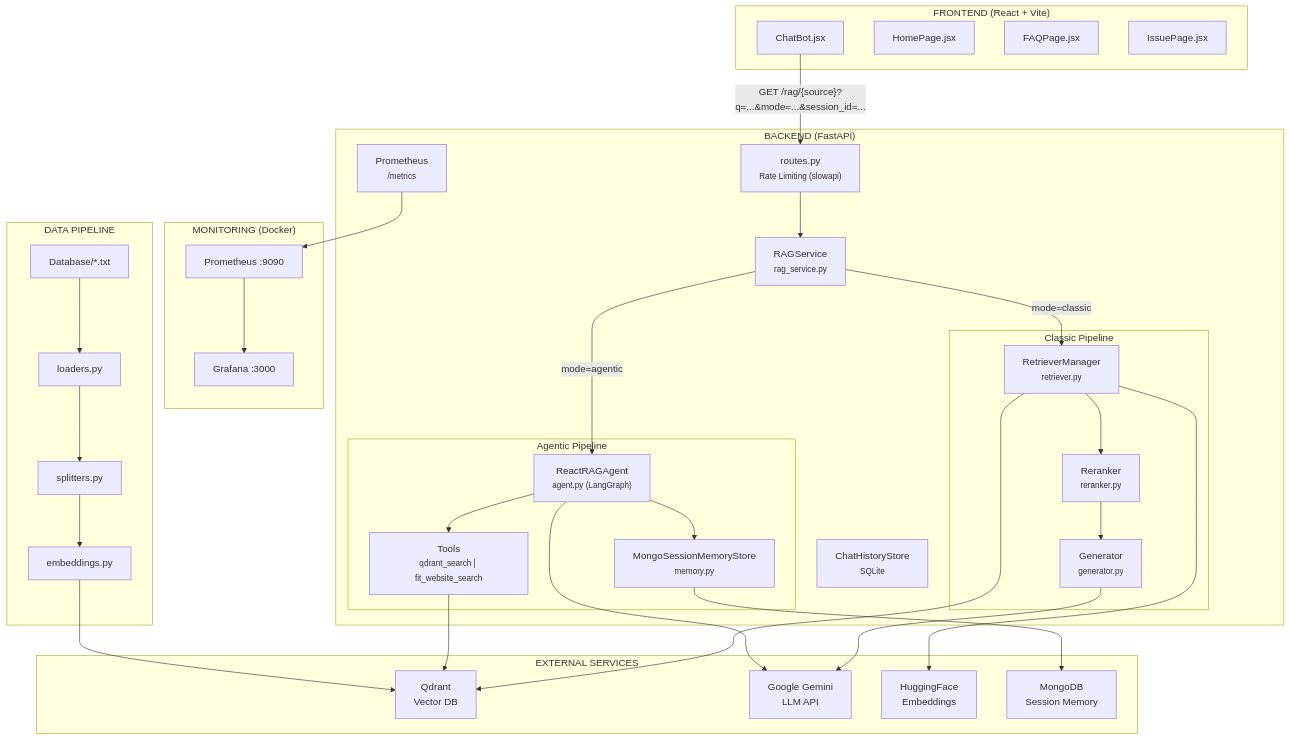
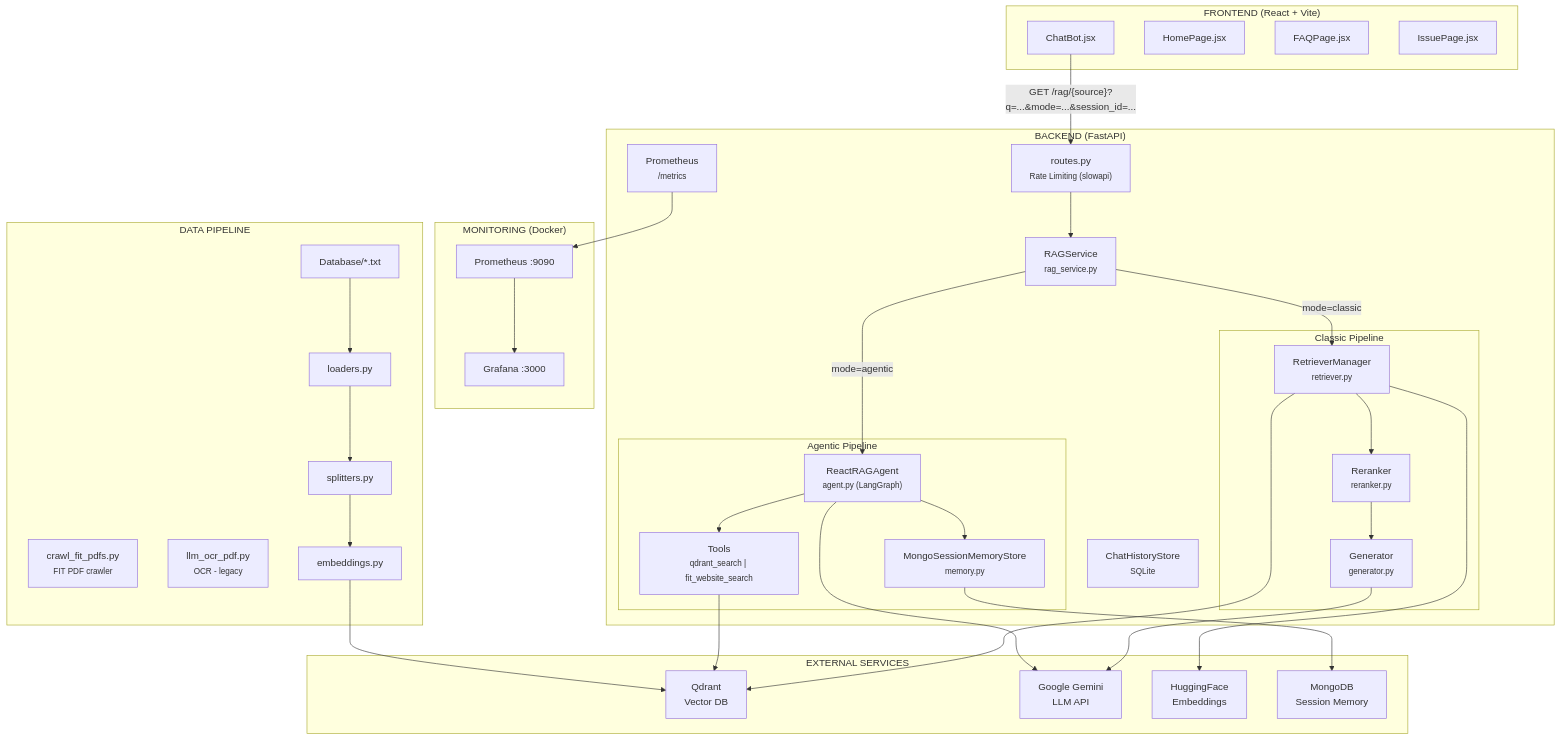
Before and after one commit to anhnguyenvv/RAG_Chatbot: the diagram in readme.md, drawn with Mermaid. The commit also changed other lines of this file, not shown here.

````diff
--- a/readme.md
+++ b/readme.md
@@ -14,68 +14,70 @@
 ```mermaid
 graph TB
     subgraph Frontend["FRONTEND (React + Vite)"]
         ChatBot["ChatBot.jsx"]
         HomePage["HomePage.jsx"]
         FAQPage["FAQPage.jsx"]
         IssuePage["IssuePage.jsx"]
     end
 
     ChatBot -->|"GET /rag/{source}?q=...&mode=...&session_id=..."| API
 
     subgraph Backend["BACKEND (FastAPI)"]
         API["routes.py<br/><small>Rate Limiting (slowapi)</small>"]
         RAGSvc["RAGService<br/><small>rag_service.py</small>"]
         API --> RAGSvc
 
         subgraph ClassicPipe["Classic Pipeline"]
             Retriever["RetrieverManager<br/><small>retriever.py</small>"]
             Reranker["Reranker<br/><small>reranker.py</small>"]
             Generator["Generator<br/><small>generator.py</small>"]
             Retriever --> Reranker --> Generator
         end
 
         subgraph AgenticPipe["Agentic Pipeline"]
             Agent["ReactRAGAgent<br/><small>agent.py (LangGraph)</small>"]
             Tools["Tools<br/><small>qdrant_search | fit_website_search</small>"]
             Memory["MongoSessionMemoryStore<br/><small>memory.py</small>"]
             Agent --> Tools
             Agent --> Memory
         end
 
         RAGSvc -->|"mode=classic"| Retriever
         RAGSvc -->|"mode=agentic"| Agent
 
         History["ChatHistoryStore<br/><small>SQLite</small>"]
         Metrics["Prometheus<br/><small>/metrics</small>"]
     end
 
     subgraph External["EXTERNAL SERVICES"]
         Qdrant["Qdrant<br/>Vector DB"]
         Gemini["Google Gemini<br/>LLM API"]
         HF["HuggingFace<br/>Embeddings"]
         MongoDB["MongoDB<br/>Session Memory"]
     end
 
     Retriever --> Qdrant
     Tools --> Qdrant
     Generator --> Gemini
     Agent --> Gemini
     Retriever --> HF
     Memory --> MongoDB
 
     subgraph Monitoring["MONITORING (Docker)"]
         Prom["Prometheus :9090"]
         Graf["Grafana :3000"]
         Prom --> Graf
     end
 
     Metrics --> Prom
 
     subgraph Pipeline["DATA PIPELINE"]
+        cralw["crawl_fit_pdfs.py<br/><small>FIT PDF crawler</small>"]
+        ocr["llm_ocr_pdf.py<br/><small>OCR - legacy</small>"]
         TXT["Database/*.txt"]
         Loader["loaders.py"]
         Splitter["splitters.py"]
         Embed["embeddings.py"]
         TXT --> Loader --> Splitter --> Embed --> Qdrant
     end
 ```
````
